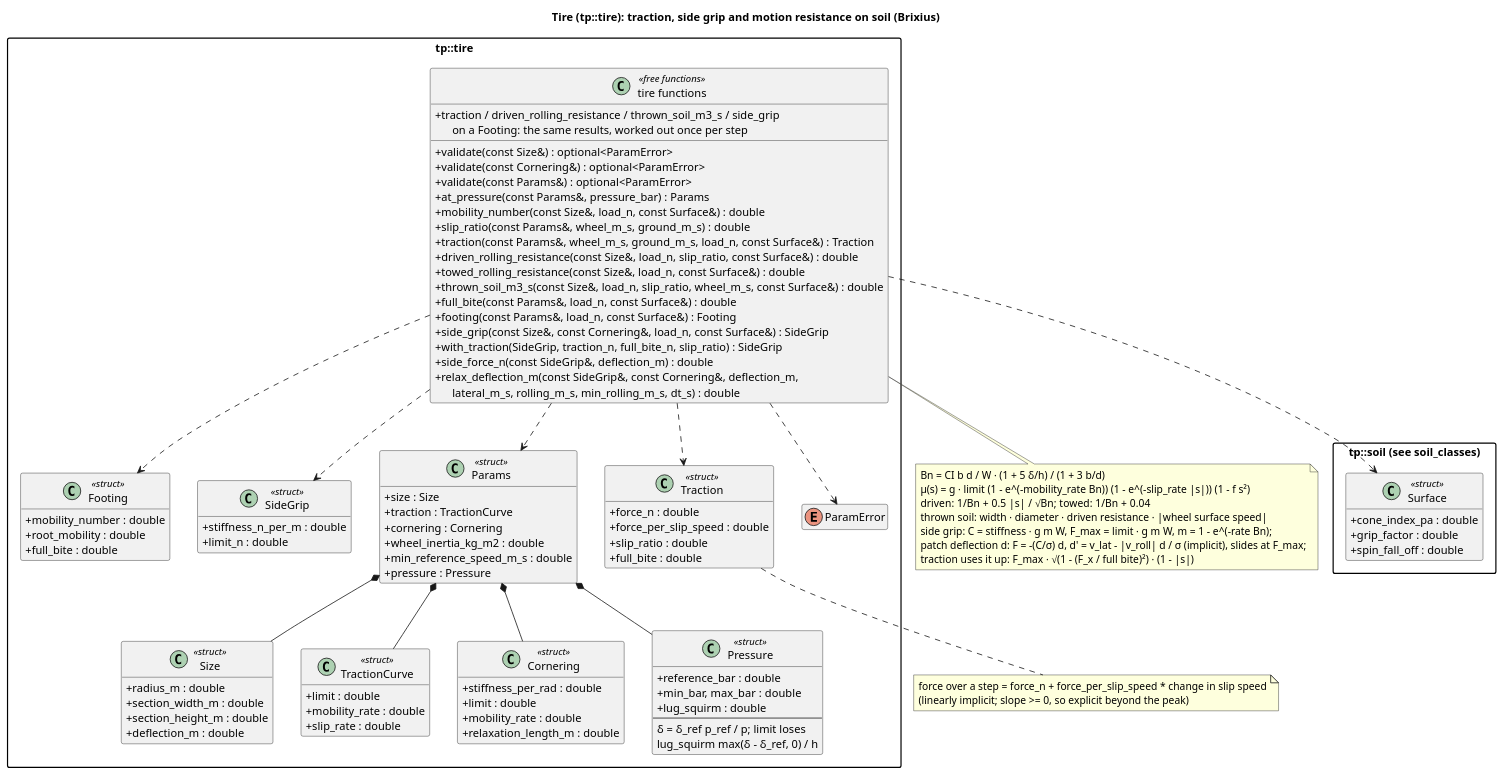
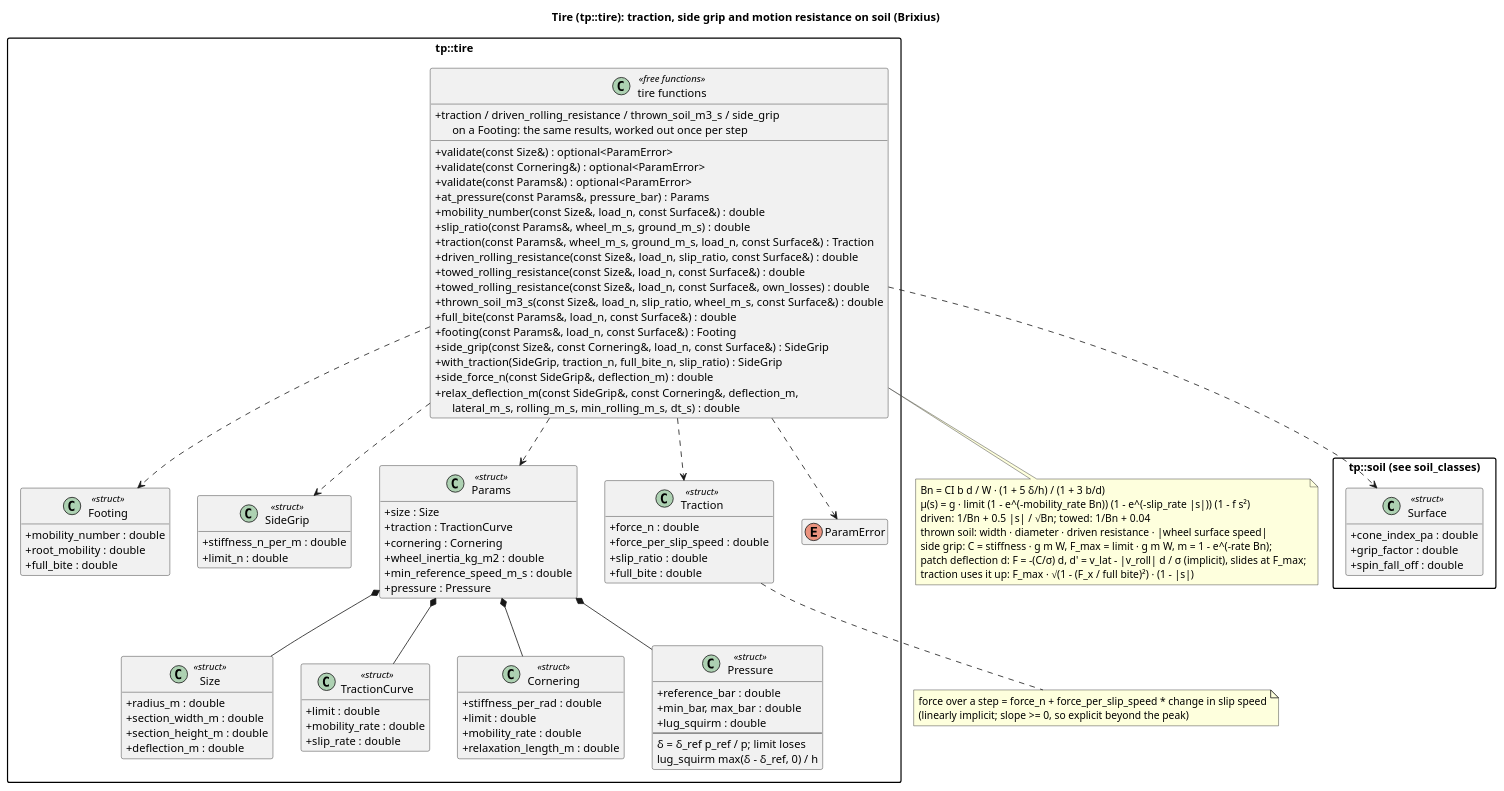
Before and after one commit to wversteeg/TractorPulling: the diagram in docs/diagrams/tire_classes.puml, drawn with PlantUML. The commit also changed 9 other files, not shown here.

First line of the commit message:
Requirements, tests and diagrams for the 15 t sled and the calibrated Sport tractors

```diff
--- a/docs/diagrams/tire_classes.puml
+++ b/docs/diagrams/tire_classes.puml
@@ -1,108 +1,109 @@
 @startuml tire_classes
 title Tire (tp::tire): traction, side grip and motion resistance on soil (Brixius)
 hide empty members
 skinparam packageStyle rectangle
 skinparam classAttributeIconSize 0
 
 package "tp::soil (see soil_classes)" {
   class Surface <<struct>> {
     +cone_index_pa : double
     +grip_factor : double
     +spin_fall_off : double
   }
 }
 
 package "tp::tire" {
   class Size <<struct>> {
     +radius_m : double
     +section_width_m : double
     +section_height_m : double
     +deflection_m : double
   }
   class TractionCurve <<struct>> {
     +limit : double
     +mobility_rate : double
     +slip_rate : double
   }
   class Cornering <<struct>> {
     +stiffness_per_rad : double
     +limit : double
     +mobility_rate : double
     +relaxation_length_m : double
   }
   class Footing <<struct>> {
     +mobility_number : double
     +root_mobility : double
     +full_bite : double
   }
   class SideGrip <<struct>> {
     +stiffness_n_per_m : double
     +limit_n : double
   }
   class Params <<struct>> {
     +size : Size
     +traction : TractionCurve
     +cornering : Cornering
     +wheel_inertia_kg_m2 : double
     +min_reference_speed_m_s : double
     +pressure : Pressure
   }
   class Pressure <<struct>> {
     +reference_bar : double
     +min_bar, max_bar : double
     +lug_squirm : double
     --
     δ = δ_ref p_ref / p; limit loses
     lug_squirm max(δ - δ_ref, 0) / h
   }
   class Traction <<struct>> {
     +force_n : double
     +force_per_slip_speed : double
     +slip_ratio : double
     +full_bite : double
   }
   enum ParamError
   class "tire functions" as TireFns <<free functions>> {
     +validate(const Size&) : optional<ParamError>
     +validate(const Cornering&) : optional<ParamError>
     +validate(const Params&) : optional<ParamError>
     +at_pressure(const Params&, pressure_bar) : Params
     +mobility_number(const Size&, load_n, const Surface&) : double
     +slip_ratio(const Params&, wheel_m_s, ground_m_s) : double
     +traction(const Params&, wheel_m_s, ground_m_s, load_n, const Surface&) : Traction
     +driven_rolling_resistance(const Size&, load_n, slip_ratio, const Surface&) : double
     +towed_rolling_resistance(const Size&, load_n, const Surface&) : double
+    +towed_rolling_resistance(const Size&, load_n, const Surface&, own_losses) : double
     +thrown_soil_m3_s(const Size&, load_n, slip_ratio, wheel_m_s, const Surface&) : double
     +full_bite(const Params&, load_n, const Surface&) : double
     +footing(const Params&, load_n, const Surface&) : Footing
     +traction / driven_rolling_resistance / thrown_soil_m3_s / side_grip\n      on a Footing: the same results, worked out once per step
     +side_grip(const Size&, const Cornering&, load_n, const Surface&) : SideGrip
     +with_traction(SideGrip, traction_n, full_bite_n, slip_ratio) : SideGrip
     +side_force_n(const SideGrip&, deflection_m) : double
     +relax_deflection_m(const SideGrip&, const Cornering&, deflection_m,\n      lateral_m_s, rolling_m_s, min_rolling_m_s, dt_s) : double
   }
   Params *-- Size
   Params *-- TractionCurve
   Params *-- Cornering
   Params *-- Pressure
   TireFns ..> SideGrip
   TireFns ..> Footing
   TireFns ..> Params
   TireFns ..> Traction
   TireFns ..> ParamError
   TireFns ..> Surface
 }
 note bottom of TireFns
   Bn = CI b d / W · (1 + 5 δ/h) / (1 + 3 b/d)
   μ(s) = g · limit (1 - e^(-mobility_rate Bn)) (1 - e^(-slip_rate |s|)) (1 - f s²)
   driven: 1/Bn + 0.5 |s| / √Bn;  towed: 1/Bn + 0.04
   thrown soil: width · diameter · driven resistance · |wheel surface speed|
   side grip: C = stiffness · g m W, F_max = limit · g m W, m = 1 - e^(-rate Bn);
   patch deflection d: F = -(C/σ) d, d' = v_lat - |v_roll| d / σ (implicit), slides at F_max;
   traction uses it up: F_max · √(1 - (F_x / full bite)²) · (1 - |s|)
 end note
 note bottom of Traction
   force over a step = force_n + force_per_slip_speed * change in slip speed
   (linearly implicit; slope >= 0, so explicit beyond the peak)
 end note
 @enduml
```
